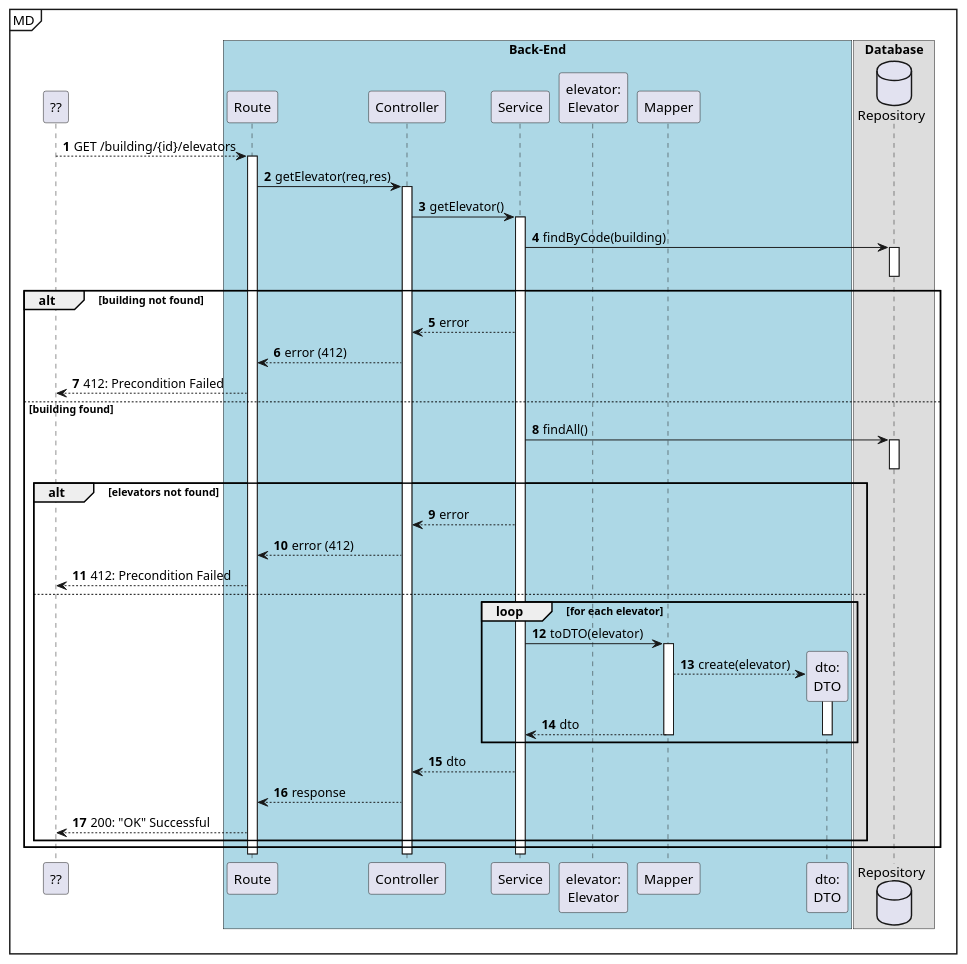
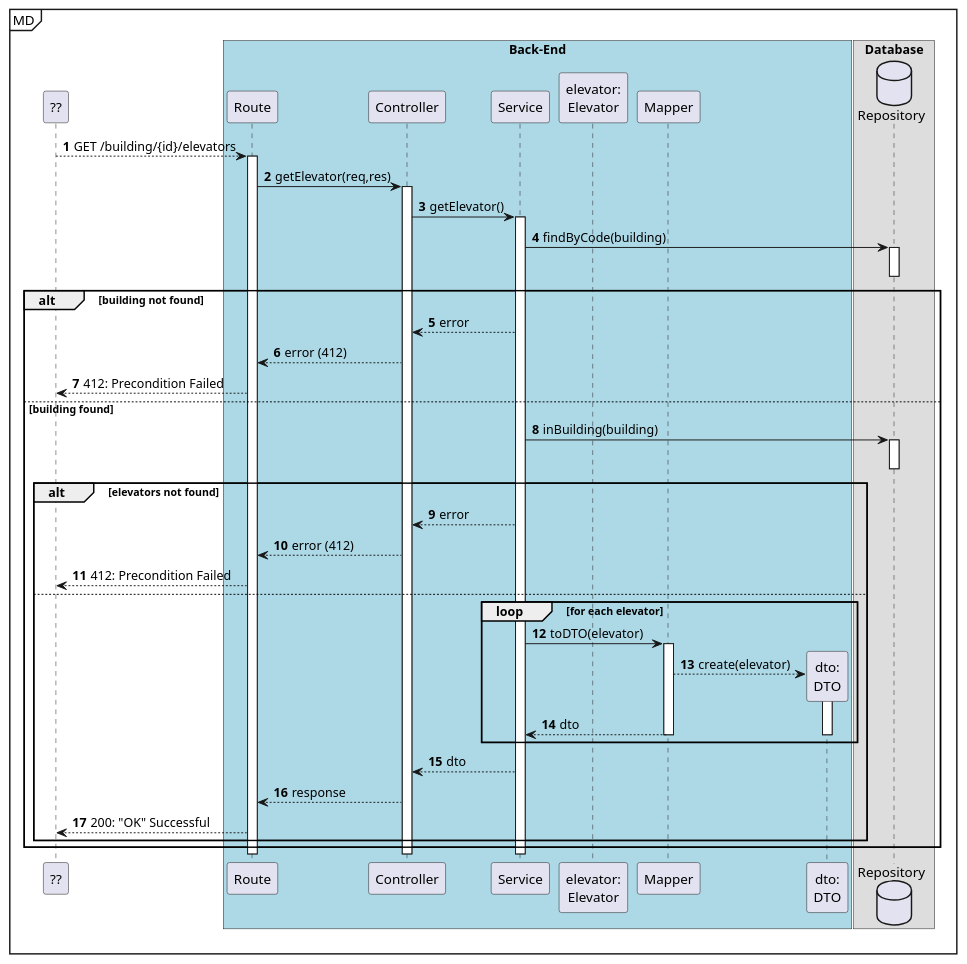
One commit to Departamento-de-Engenharia-Informatica/lapr5-23-24-g19 changed the diagram in docs/us290/level3/process-view.puml. Above: the diagram before and after it, drawn with PlantUML. The commit also changed 5 other files, not shown here.

```diff
--- a/docs/us290/level3/process-view.puml
+++ b/docs/us290/level3/process-view.puml
@@ -1,68 +1,68 @@
 @startuml
 autonumber
 
 participant "??" as ui
 
 mainframe MD
 box "Back-End" #LightBlue
 participant "Route" as r
 participant "Controller" as ctrl
 participant "Service" as svc
 
 participant "elevator:\nElevator" as floor
 participant "Mapper" as map
 participant "dto:\nDTO" as dto
 end box
 
 box "Database"
 database "Repository" as repo
 end box
 
 ui --> r: GET /building/{id}/elevators
     activate r
         r -> ctrl : getElevator(req,res)
         activate ctrl
             ctrl -> svc : getElevator()
             activate svc
                 svc -> repo : findByCode(building)
                 activate repo
                 deactivate repo
 
                 alt building not found
                     svc --> ctrl : error
                     ctrl --> r : error (412)
                     ui<--r : 412: Precondition Failed
                 else building found
 
-                    svc -> repo: findAll()
+                    svc -> repo: inBuilding(building)
                     activate repo
                     deactivate repo
 
                     alt elevators not found
                         svc --> ctrl : error
                         ctrl --> r : error (412)
                         ui<--r : 412: Precondition Failed
 
                     else
 
                         loop for each elevator
 
                                 svc -> map : toDTO(elevator)
                             activate map
                                 map --> dto** : create(elevator)
                                 activate dto
                                     map --> svc : dto
                                 deactivate dto
                             deactivate map
                         end loop
                             svc --> ctrl : dto
                             ctrl --> r : response
                             ui<-- r : 200: "OK" Successful
 
                     end
                 end
             deactivate svc
         deactivate ctrl
     deactivate r
 
 @enduml
```
